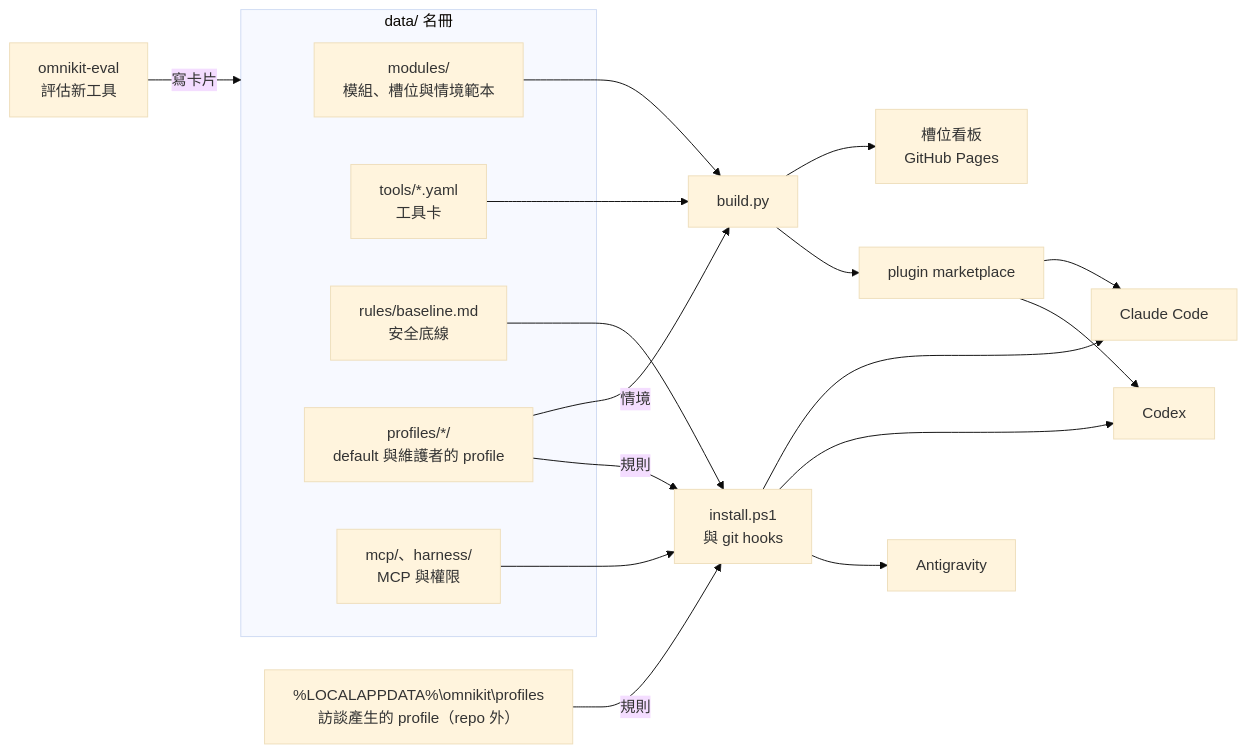
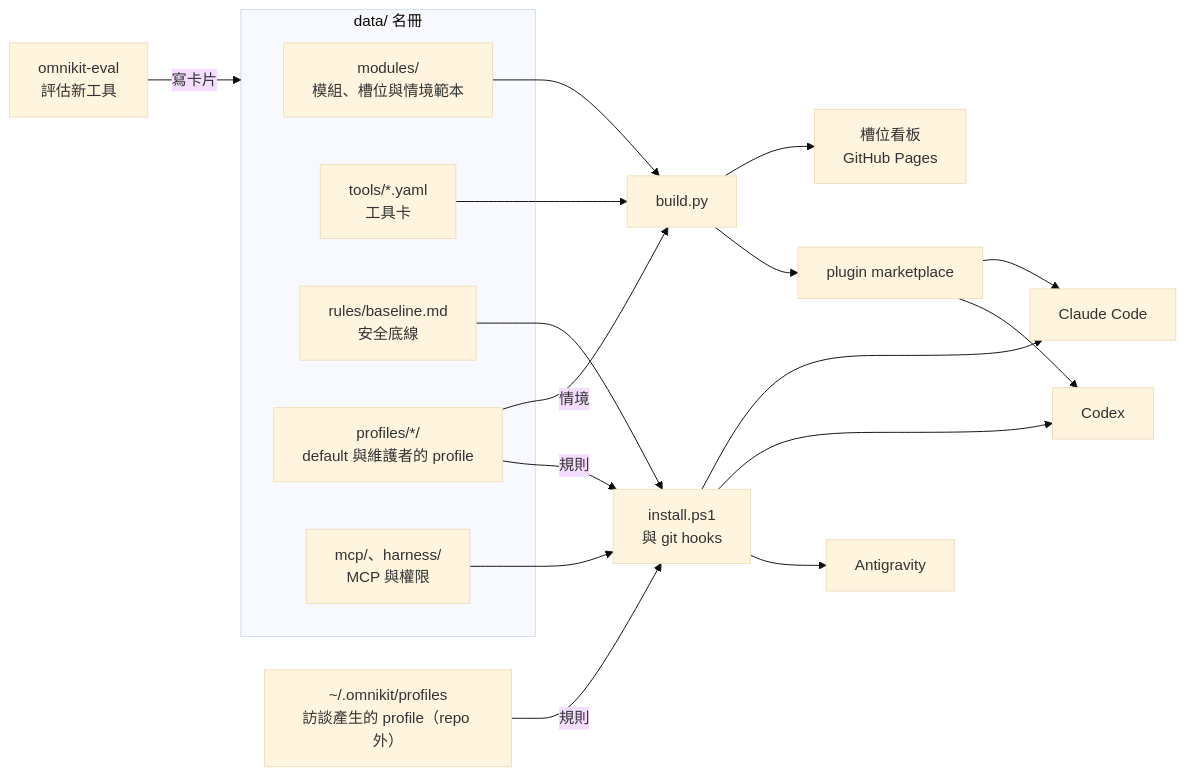
The diagram in README.md (b40609/OmniKit), drawn with Mermaid (base theme) before and after one commit. The commit also changed other lines of this file and 36 other files, not shown here.

````diff
--- a/README.md
+++ b/README.md
@@ -200,26 +200,26 @@
 ```mermaid
 flowchart LR
   E["omnikit-eval<br/>評估新工具"] -->|寫卡片| D
   subgraph D["data/ 名冊"]
     S["modules/<br/>模組、槽位與情境範本"]
     T["tools/*.yaml<br/>工具卡"]
     R["rules/baseline.md<br/>安全底線"]
     F["profiles/*/<br/>default 與維護者的 profile"]
     M["mcp/、harness/<br/>MCP 與權限"]
   end
-  L["%LOCALAPPDATA%\omnikit\profiles<br/>訪談產生的 profile（repo 外）"]
+  L["~/.omnikit/profiles<br/>訪談產生的 profile（repo 外）"]
   S --> B["build.py"]
   T --> B
   F -->|情境| B
   B --> P["槽位看板<br/>GitHub Pages"]
   B --> K["plugin marketplace"]
   R --> I["install.ps1<br/>與 git hooks"]
   F -->|規則| I
   L -->|規則| I
   M --> I
   I --> C["Claude Code"]
   I --> X["Codex"]
   I --> G["Antigravity"]
   K --> C
   K --> X
 ```
````
